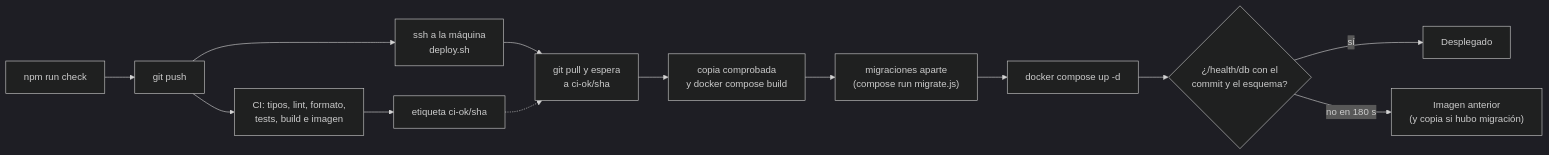
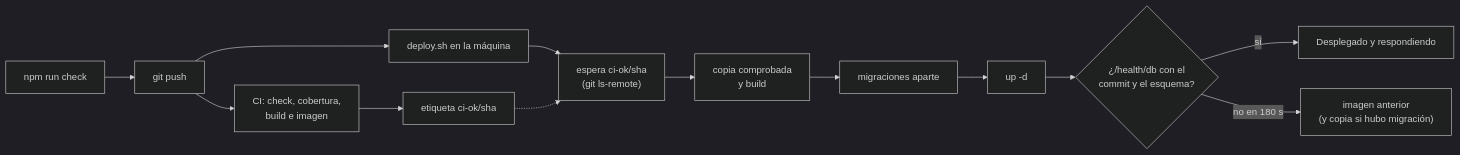
The second of 2 diagrams in README.md (ALRO-GM/sanatorio-42), drawn with Mermaid (dark theme) before and after one commit. The commit also changed other lines of this file and 3 other files, not shown here.

````diff
--- a/README.md
+++ b/README.md
@@ -799,15 +330,15 @@
 ```mermaid
 flowchart LR
   A["npm run check"] --> B["git push"]
-  B --> C["CI: tipos, lint, formato,<br/>tests, build e imagen"]
+  B --> C["CI: check, cobertura,<br/>build e imagen"]
   C --> T["etiqueta ci-ok/sha"]
-  B --> D["ssh a la máquina<br/>deploy.sh"]
-  D --> E["git pull y espera<br/>a ci-ok/sha"]
+  B --> D["deploy.sh en la máquina"]
+  D --> E["espera ci-ok/sha<br/>(git ls-remote)"]
   T -.-> E
-  E --> K["copia comprobada<br/>y docker compose build"]
-  K --> F["migraciones aparte<br/>(compose run migrate.js)"]
-  F --> U["docker compose up -d"]
+  E --> K["copia comprobada<br/>y build"]
+  K --> F["migraciones aparte"]
+  F --> U["up -d"]
   U --> G{"¿/health/db con el<br/>commit y el esquema?"}
-  G -->|sí| H["Desplegado"]
-  G -->|no en 180 s| I["Imagen anterior<br/>(y copia si hubo migración)"]
+  G -->|sí| H["Desplegado y respondiendo"]
+  G -->|no en 180 s| I["imagen anterior<br/>(y copia si hubo migración)"]
 ```
````
